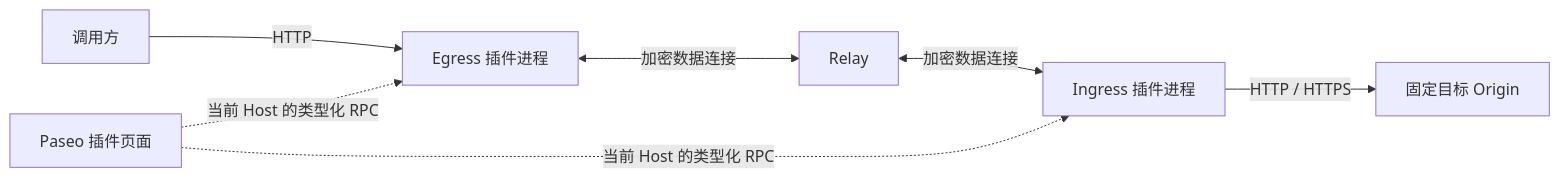
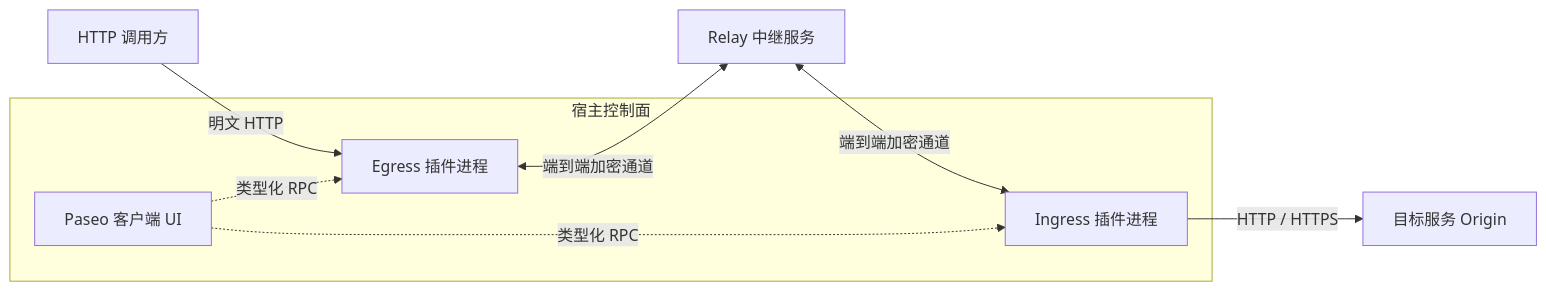
One commit to lyhu/paseo-plugin-tunnel changed the diagram in docs/design.md. Above: the diagram before and after it, drawn with Mermaid. The commit also changed other lines of this file and 8 other files, not shown here.

````diff
--- a/docs/design.md
+++ b/docs/design.md
@@ -13,9 +32,12 @@
 ```mermaid
 flowchart LR
-    Caller[调用方] -->|HTTP| E[Egress 插件进程]
-    E <-->|加密数据连接| R[Relay]
-    R <-->|加密数据连接| I[Ingress 插件进程]
-    I -->|HTTP / HTTPS| Target[固定目标 Origin]
-    UI[Paseo 插件页面] -. 当前 Host 的类型化 RPC .-> E
-    UI -. 当前 Host 的类型化 RPC .-> I
+    Caller[HTTP 调用方] -->|明文 HTTP| E[Egress 插件进程]
+    E <-->|端到端加密通道| R[Relay 中继服务]
+    R <-->|端到端加密通道| I[Ingress 插件进程]
+    I -->|HTTP / HTTPS| Target[目标服务 Origin]
+
+    subgraph 控制面 [宿主控制面]
+        UI[Paseo 客户端 UI] -.->|类型化 RPC| E
+        UI -.->|类型化 RPC| I
+    end
 ```
````
